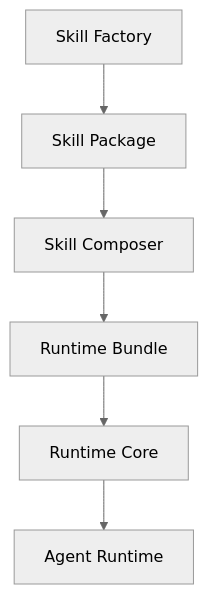
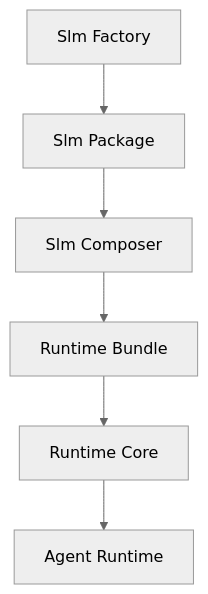
Before and after one commit to alvarolorentedev/skillcortex: the diagram in README.md, drawn with Mermaid (neutral theme). The commit also changed other lines of this file and 117 other files, not shown here.

````diff
--- a/README.md
+++ b/README.md
@@ -34,8 +34,8 @@
 ```mermaid
 flowchart TD
-    A[Skill Factory] --> B[Skill Package]
-    B --> C[Skill Composer]
+    A[Slm Factory] --> B[Slm Package]
+    B --> C[Slm Composer]
     C --> D[Runtime Bundle]
     D --> E[Runtime Core]
     E --> F[Agent Runtime]
 ```
````
